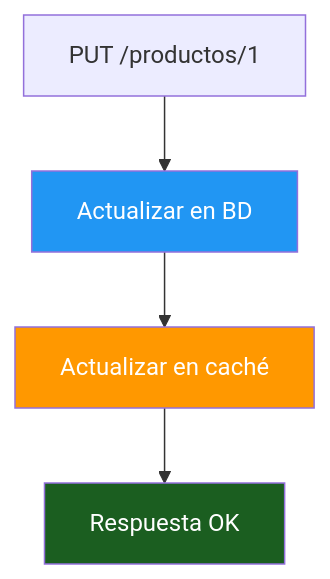
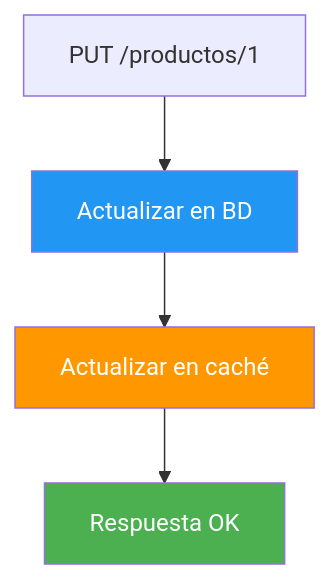
Before and after one commit to joseluisgs/DesarrolloWebEntornosServidor-02-2026-2027: the ninth of 17 diagrams in 14-cache-redis.md, drawn with Mermaid. The commit also changed other lines of this file and 15 other files, not shown here.

````diff
--- a/14-cache-redis.md
+++ b/14-cache-redis.md
@@ -343,9 +343,9 @@
 ```mermaid
 flowchart TD
     A["PUT /productos/1"] --> B["Actualizar en BD"]
     B --> C["Actualizar en caché"]
     C --> D["Respuesta OK"]
     style B fill:#2196F3,color:#fff
     style C fill:#FF9800,color:#fff
-    style D fill:#1B5E20,color:#fff
+    style D fill:#4CAF50,color:#fff
 ```
````
